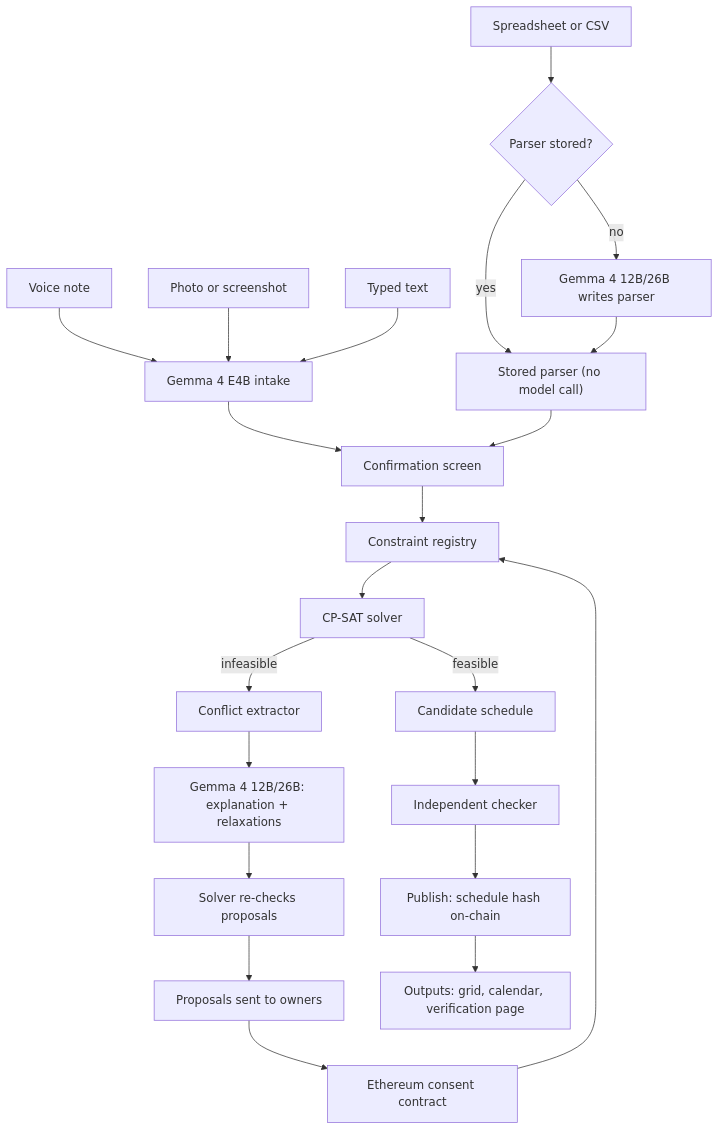
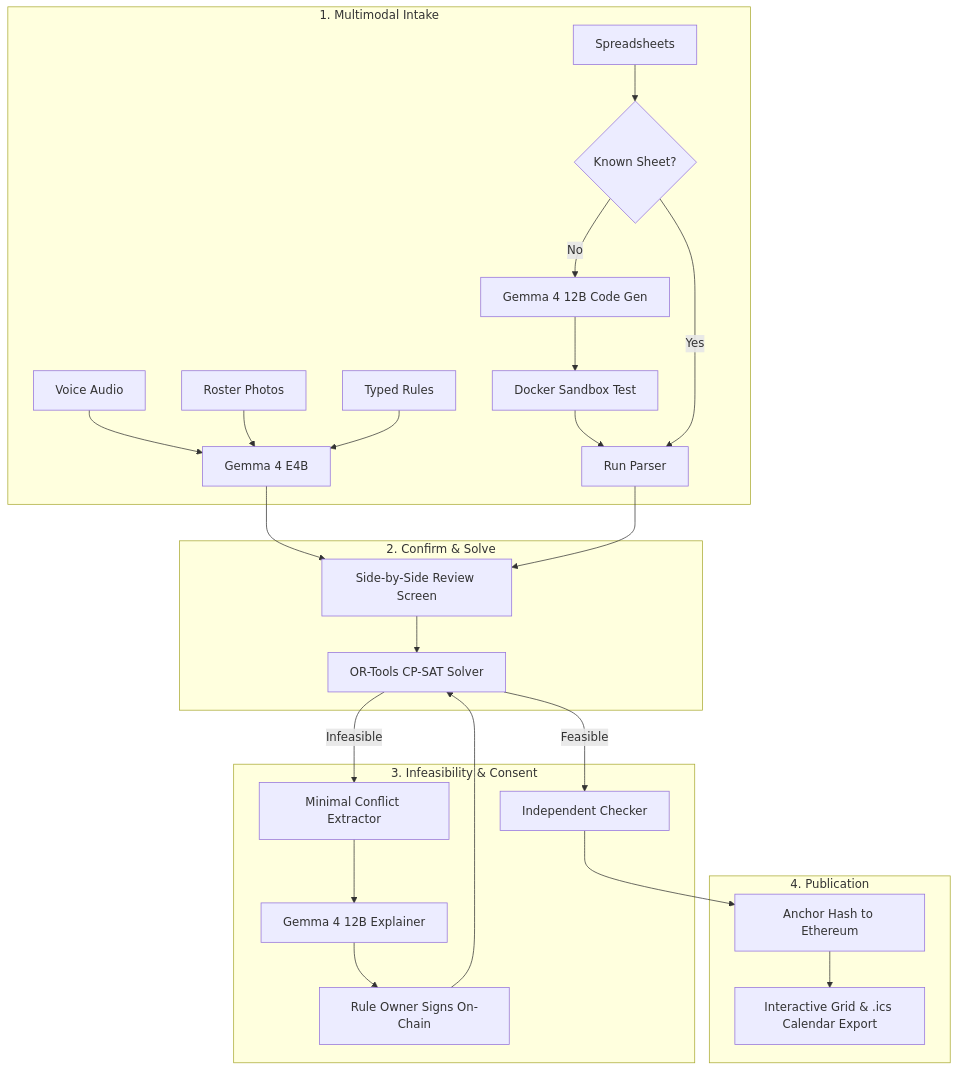
The third of 5 diagrams in README.md (ANUJ760/PhishTank), drawn with Mermaid before and after one commit. The commit also changed other lines of this file, not shown here.

````diff
--- a/README.md
+++ b/README.md
@@ -167,25 +177,32 @@
 ```mermaid
 flowchart TD
-    A["Voice note"] --> D
-    B["Photo or screenshot"] --> D
-    C["Typed text"] --> D
-    D["Gemma 4 E4B intake"]
-    D --> E["Confirmation screen"]
-    S["Spreadsheet or CSV"] --> Q{"Parser stored?"}
-    Q -->|"yes"| R["Stored parser (no model call)"]
-    Q -->|"no"| W["Gemma 4 12B/26B writes parser"]
-    W --> R
-    R --> E
-    E --> F["Constraint registry"]
-    F --> G["CP-SAT solver"]
-    G -->|"feasible"| K["Candidate schedule"]
-    G -->|"infeasible"| H["Conflict extractor"]
-    H --> I["Gemma 4 12B/26B: explanation + relaxations"]
-    I --> J["Solver re-checks proposals"]
-    J --> L["Proposals sent to owners"]
-    L --> M["Ethereum consent contract"]
-    M --> F
-    K --> N["Independent checker"]
-    N --> O["Publish: schedule hash on-chain"]
-    O --> P["Outputs: grid, calendar, verification page"]
+    subgraph INTAKE["1. Multimodal Intake"]
+        V["Voice Audio"] --> G4["Gemma 4 E4B"]
+        P["Roster Photos"] --> G4
+        T["Typed Rules"] --> G4
+        S["Spreadsheets"] --> CHK{"Known Sheet?"}
+        CHK -- No --> GEN["Gemma 4 12B Code Gen"]
+        GEN --> BOX["Docker Sandbox Test"]
+        BOX --> RUN["Run Parser"]
+        CHK -- Yes --> RUN
+    end
+
+    subgraph VERIFY["2. Confirm & Solve"]
+        G4 --> UI["Side-by-Side Review Screen"]
+        RUN --> UI
+        UI --> SOLVE["OR-Tools CP-SAT Solver"]
+    end
+
+    subgraph CONFLICT["3. Infeasibility & Consent"]
+        SOLVE -- Feasible --> CHECK["Independent Checker"]
+        SOLVE -- Infeasible --> MUS["Minimal Conflict Extractor"]
+        MUS --> EXP["Gemma 4 12B Explainer"]
+        EXP --> SIGN["Rule Owner Signs On-Chain"]
+        SIGN --> SOLVE
+    end
+
+    subgraph PUBLISH["4. Publication"]
+        CHECK --> ETH["Anchor Hash to Ethereum"]
+        ETH --> OUT["Interactive Grid & .ics Calendar Export"]
+    end
 ```
````
